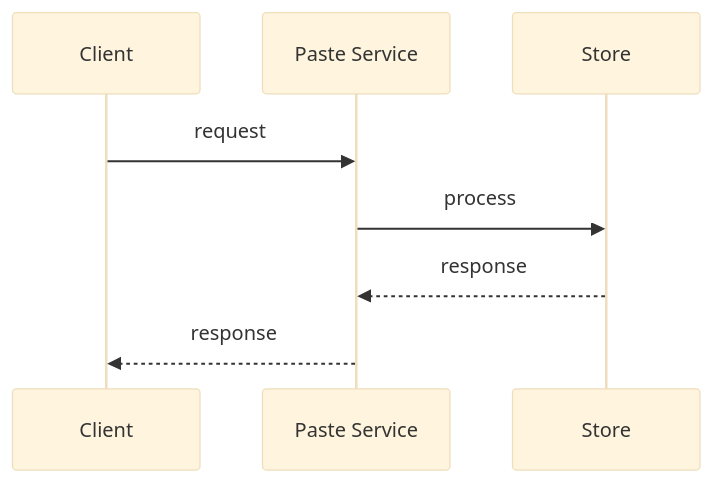
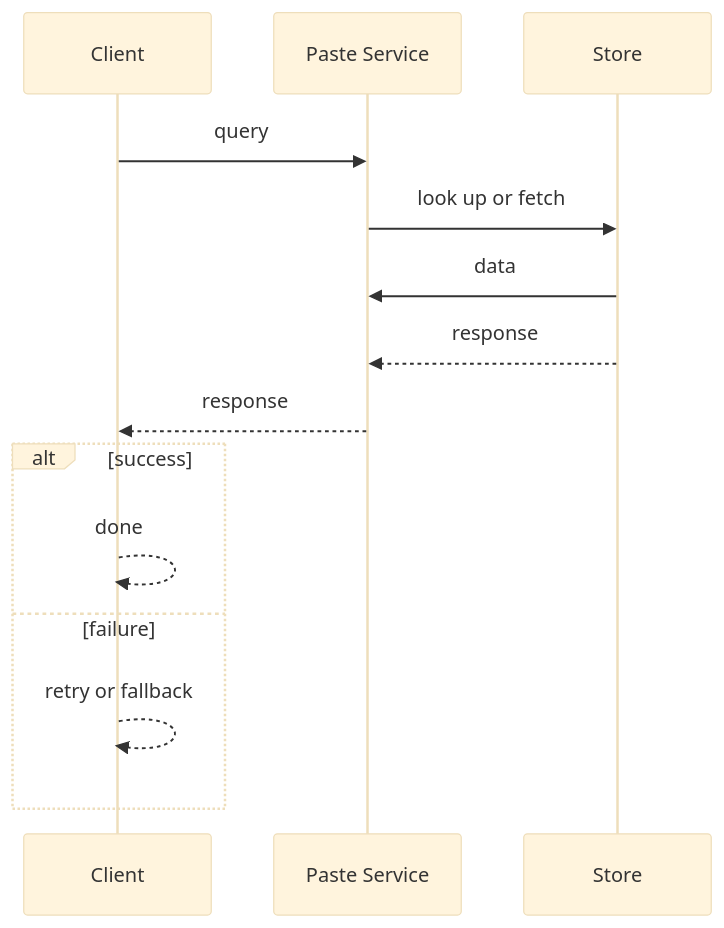
One commit to RIT-MESH/system-design-mastery changed the second of 3 diagrams in case-studies/beginner/paste-service.md. Above: the diagram before and after it, drawn with Mermaid (base theme). The commit also changed other lines of this file and 215 other files, not shown here.

First line of the commit message:
Complete all remaining work: expand case studies, add 13 AI case studies, fix diagrams, status to Complete

````diff
--- a/case-studies/beginner/paste-service.md
+++ b/case-studies/beginner/paste-service.md
@@ -121,11 +148,17 @@
 ```mermaid
 %% created-for: system-design-mastery
 sequenceDiagram
   participant P0 as Client
   participant P1 as Paste Service
   participant P2 as Store
-  P0 ->> P1: request
-  P1 ->> P2: process
+  P0 ->> P1: query
+  P1 ->> P2: look up or fetch
+  P2 ->> P1: data
   P2 -->> P1: response
   P1 -->> P0: response
+  alt success
+    P0 -->> P0: done
+  else failure
+    P0 -->> P0: retry or fallback
+  end
 ```
````
